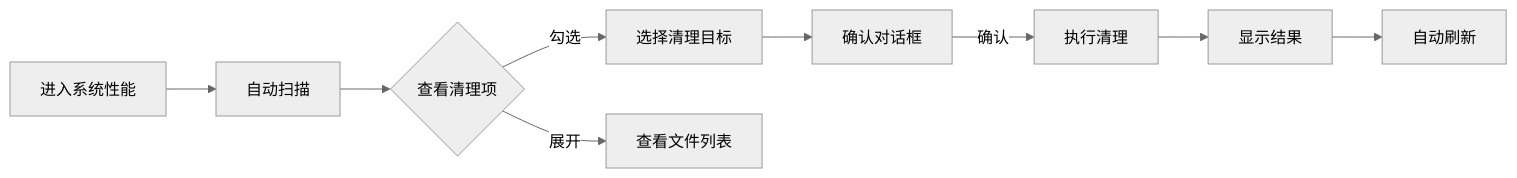
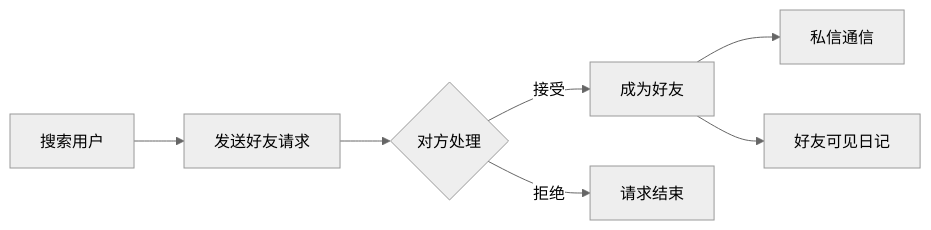
The diagram in README.md (cha3343954211/Treeks), drawn with Mermaid (neutral theme) before and after one commit. The commit also changed other lines of this file and 9 other files, not shown here.

Commit message:
docs: 更新README图文并茂，新增全屏预览笔刷截图并统一切换为浅色主题

````diff
--- a/README.md
+++ b/README.md
@@ -102,11 +162,9 @@
 ```mermaid
 graph LR
-    A[进入系统性能] --> B[自动扫描]
-    B --> C{查看清理项}
-    C -->|勾选| D[选择清理目标]
-    C -->|展开| E[查看文件列表]
-    D --> F[确认对话框]
-    F -->|确认| G[执行清理]
-    G --> H[显示结果]
-    H --> I[自动刷新]
+    A[搜索用户] --> B[发送好友请求]
+    B --> C{对方处理}
+    C -->|接受| D[成为好友]
+    C -->|拒绝| E[请求结束]
+    D --> F[私信通信]
+    D --> G[好友可见日记]
 ```
````
